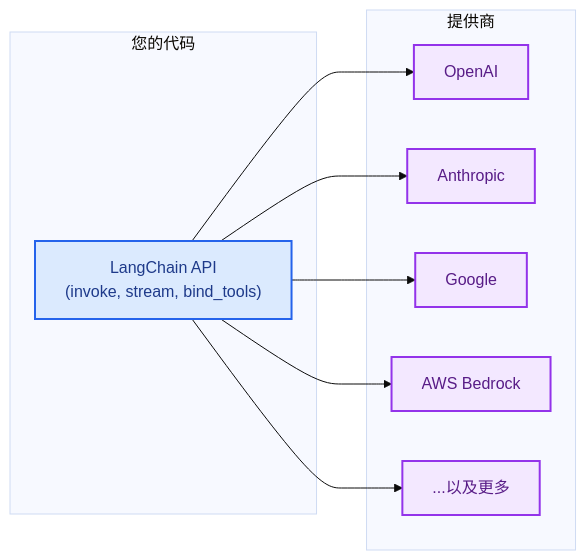
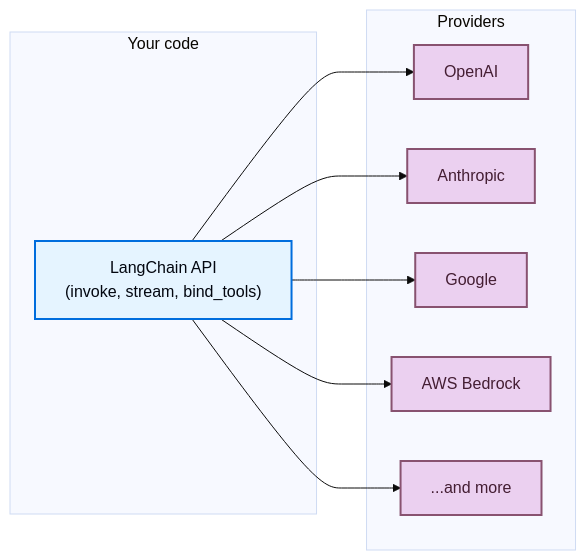
One commit to kunfan96/cndocs-langchain changed the diagram in oss/javascript/concepts/providers-and-models.mdx. Above: the diagram before and after it, drawn with Mermaid (base theme). The commit also changed other lines of this file and 2538 other files, not shown here.

````diff
--- a/oss/javascript/concepts/providers-and-models.mdx
+++ b/oss/javascript/concepts/providers-and-models.mdx
@@ -8,26 +8,26 @@
 ```mermaid
 graph LR
-    subgraph "您的代码"
+    subgraph "Your code"
         A["LangChain API<br/>(invoke, stream, bind_tools)"]
     end
 
-    subgraph "提供商"
+    subgraph "Providers"
         B["OpenAI"]
         C["Anthropic"]
         D["Google"]
         E["AWS Bedrock"]
-        F["...以及更多"]
+        F["...and more"]
     end
 
     A --> B
     A --> C
     A --> D
     A --> E
     A --> F
 
-    classDef code fill:#DBEAFE,stroke:#2563EB,stroke-width:2px,color:#1E3A8A
-    classDef provider fill:#F3E8FF,stroke:#9333EA,stroke-width:2px,color:#581C87
+    classDef code fill:#E5F4FF,stroke:#006DDD,stroke-width:2px,color:#030710
+    classDef provider fill:#EBD0F0,stroke:#885270,stroke-width:2px,color:#441E33
 
     class A code
     class B,C,D,E,F provider
 ```
````
